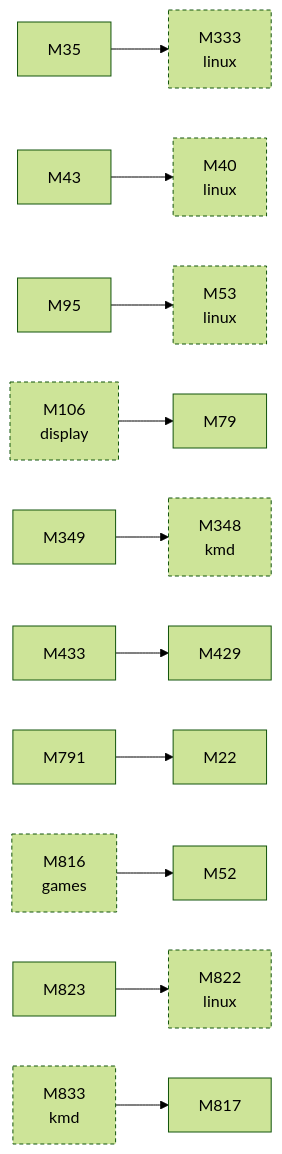
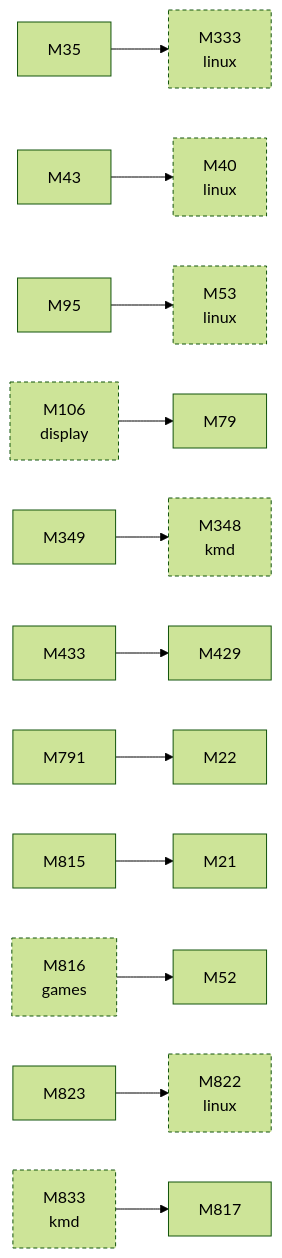
The third of 3 diagrams in docs/facts/graphs/hardware.md (D-Ogi/amdgpu-wddm), drawn with Mermaid (forest theme) before and after one commit. The commit also changed other lines of this file and 119 other files, not shown here.

````diff
--- a/docs/facts/graphs/hardware.md
+++ b/docs/facts/graphs/hardware.md
@@ -194,35 +199,38 @@
 ```mermaid
 flowchart LR
+  M21["M21"]
   M22["M22"]
   M35["M35"]
   M40["M40<br/>linux"]
   M43["M43"]
   M52["M52"]
   M53["M53<br/>linux"]
   M79["M79"]
   M95["M95"]
   M106["M106<br/>display"]
   M333["M333<br/>linux"]
   M348["M348<br/>kmd"]
   M349["M349"]
   M429["M429"]
   M433["M433"]
   M791["M791"]
+  M815["M815"]
   M816["M816<br/>games"]
   M817["M817"]
   M822["M822<br/>linux"]
   M823["M823"]
   M833["M833<br/>kmd"]
   M35 --> M333
   M43 --> M40
   M95 --> M53
   M349 --> M348
   M433 --> M429
   M791 --> M22
+  M815 --> M21
   M823 --> M822
   M833 --> M817
   M106 --> M79
   M816 --> M52
   classDef other stroke-dasharray:4 3
   class M40,M53,M106,M333,M348,M816,M822,M833 other
 ```
````
